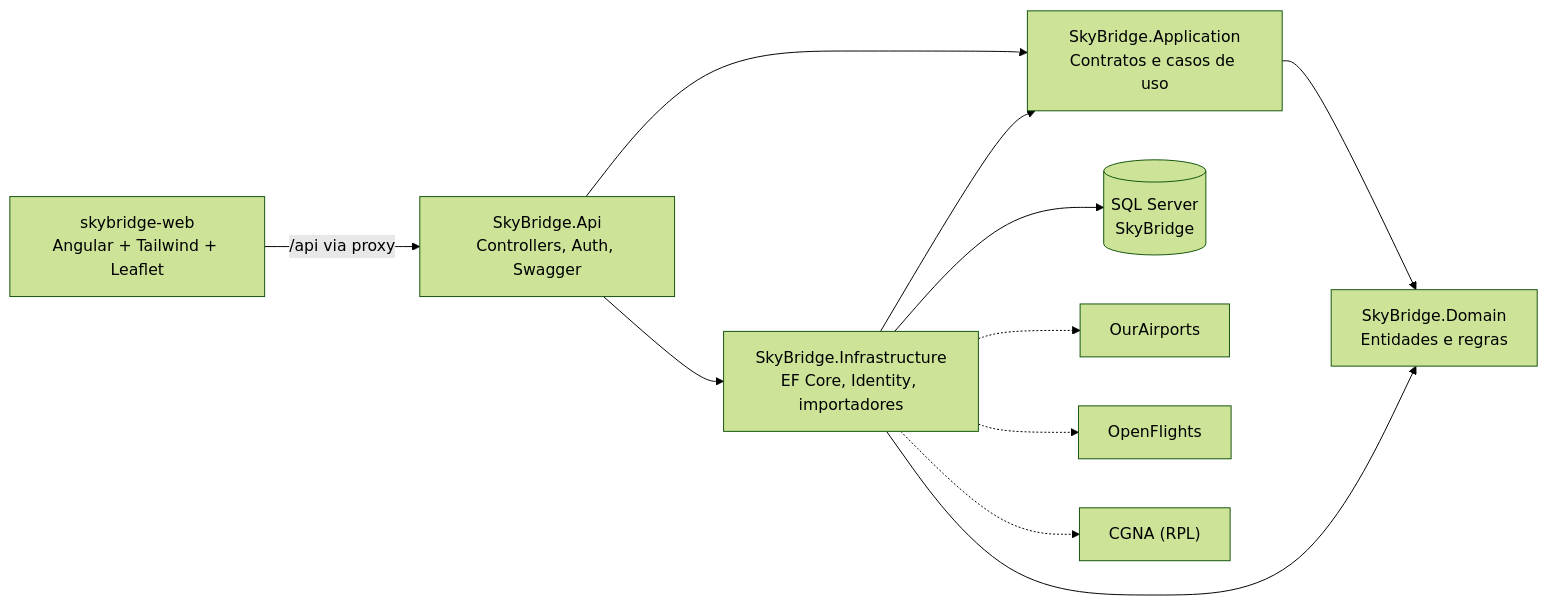
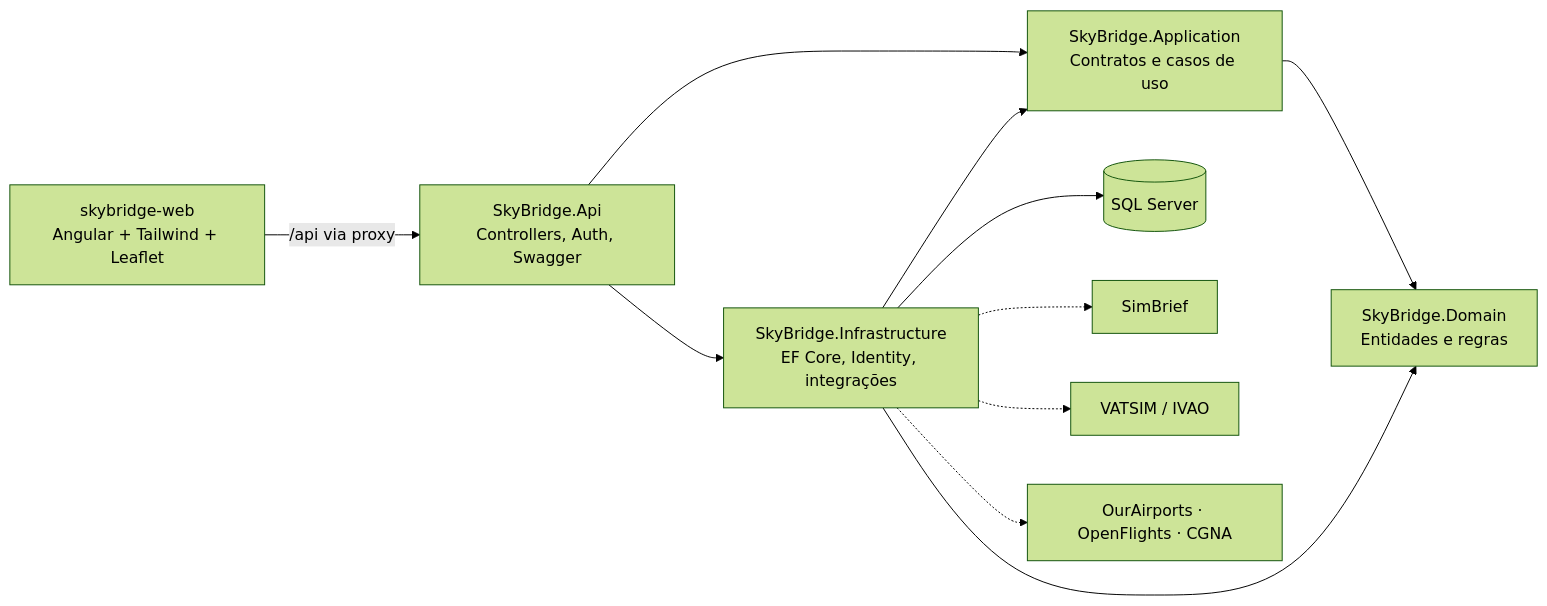
Before and after one commit to alexandrefgs/skybridge-network: the diagram in README.md, drawn with Mermaid (forest theme). The commit also changed other lines of this file and 9 other files, not shown here.

Commit message:
docs: rewrite README with current features, setup, tests, roadmap and new screenshots

````diff
--- a/README.md
+++ b/README.md
@@ -258,13 +208,13 @@
 ```mermaid
 flowchart LR
     WEB["skybridge-web<br/>Angular + Tailwind + Leaflet"] -->|/api via proxy| API
     API["SkyBridge.Api<br/>Controllers, Auth, Swagger"] --> APP["SkyBridge.Application<br/>Contratos e casos de uso"]
-    API --> INFRA["SkyBridge.Infrastructure<br/>EF Core, Identity, importadores"]
+    API --> INFRA["SkyBridge.Infrastructure<br/>EF Core, Identity, integrações"]
     APP --> DOMAIN["SkyBridge.Domain<br/>Entidades e regras"]
     INFRA --> APP
     INFRA --> DOMAIN
-    INFRA --> DB[("SQL Server<br/>SkyBridge")]
-    INFRA -.-> OA["OurAirports"]
-    INFRA -.-> OF["OpenFlights"]
-    INFRA -.-> CGNA["CGNA (RPL)"]
+    INFRA --> DB[("SQL Server")]
+    INFRA -.-> SB["SimBrief"]
+    INFRA -.-> NET["VATSIM / IVAO"]
+    INFRA -.-> DATA["OurAirports · OpenFlights · CGNA"]
 ```
````
